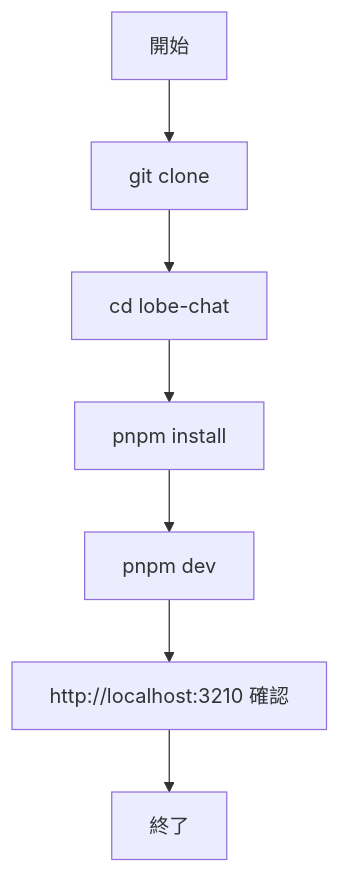
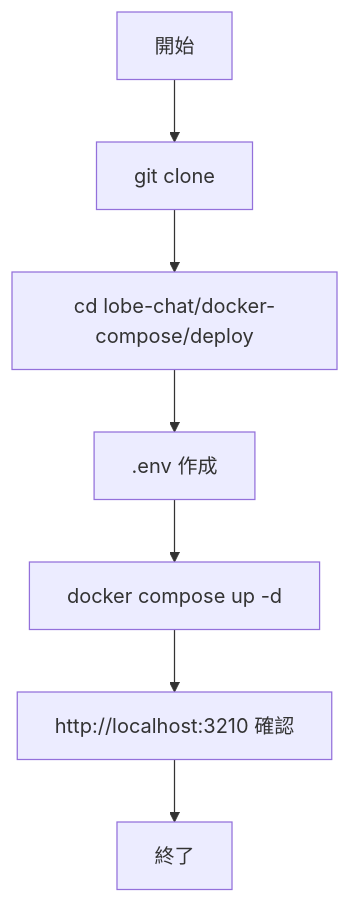
One commit to duwenji/generative-ai-oss-tutorials changed the diagram in docs/04-ui/06-lobechat.md. Above: the diagram before and after it, drawn with Mermaid. The commit also changed other lines of this file and 73 other files, not shown here.

````diff
--- a/docs/04-ui/06-lobechat.md
+++ b/docs/04-ui/06-lobechat.md
@@ -95,9 +79,9 @@
 ```mermaid
 flowchart TD
-	S[開始] --> G[git clone]
-	G --> C[cd lobe-chat]
-	C --> I[pnpm install]
-	I --> D[pnpm dev]
-	D --> A[http://localhost:3210 確認]
-	A --> X[終了]
+    S[開始] --> G[git clone]
+    G --> C[cd lobe-chat/docker-compose/deploy]
+    C --> E[.env 作成]
+    E --> U[docker compose up -d]
+    U --> A[http://localhost:3210 確認]
+    A --> X[終了]
 ```
````
